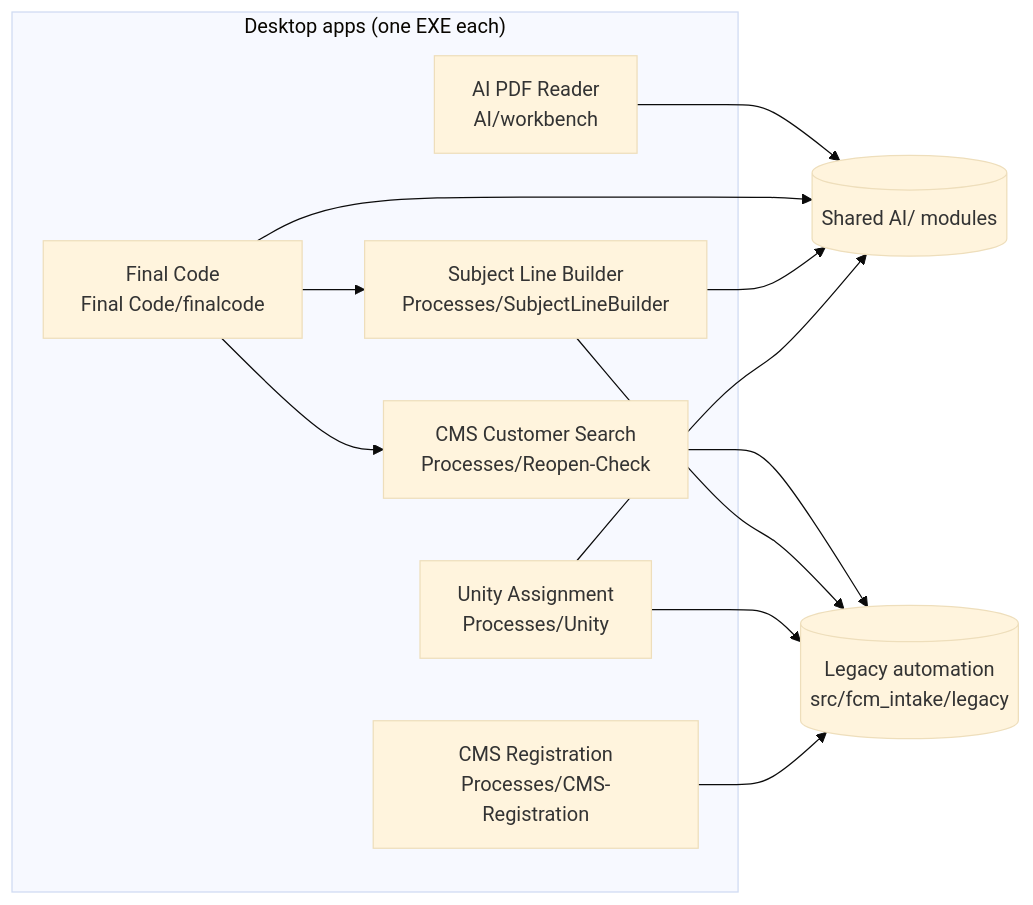
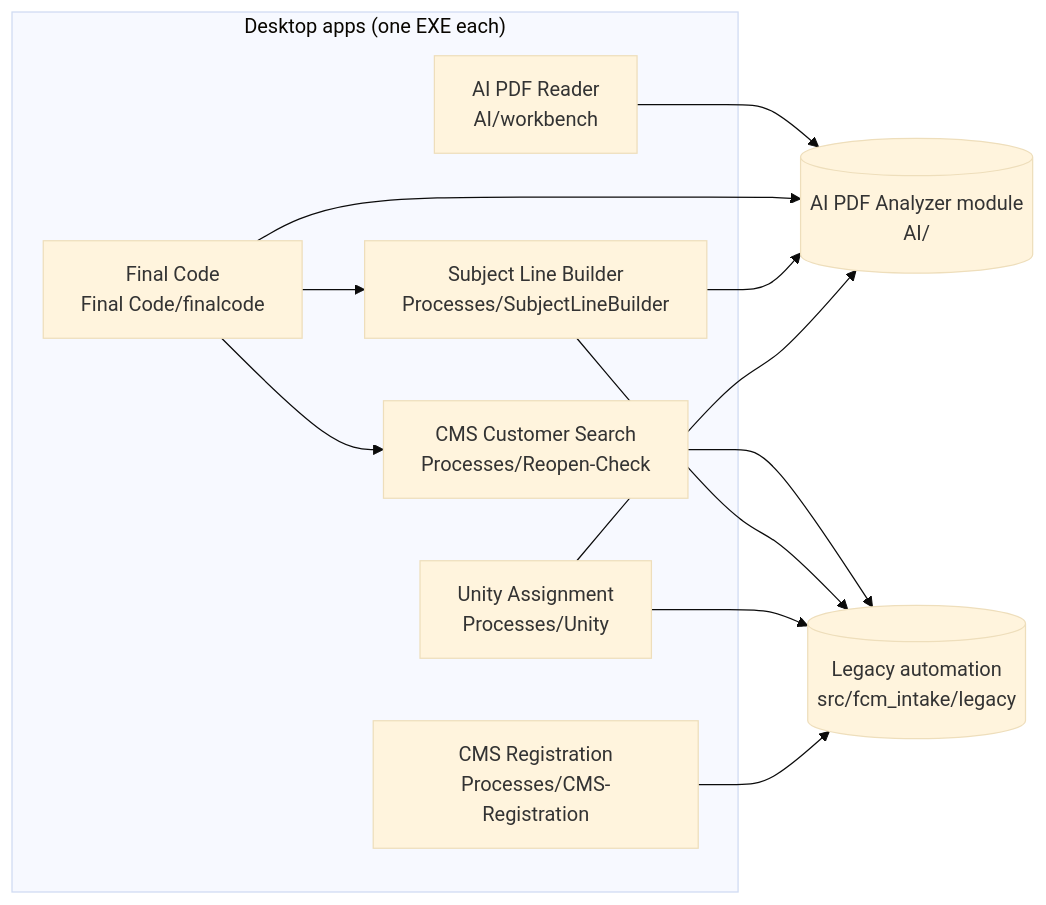
One commit to SagilityAIPH/FCM_Structured changed the diagram in docs/code/CODE-MAP.md. Above: the diagram before and after it, drawn with Mermaid (base theme). The commit also changed other lines of this file and 8 other files, not shown here.

````diff
--- a/docs/code/CODE-MAP.md
+++ b/docs/code/CODE-MAP.md
@@ -12,23 +12,23 @@
 ```mermaid
 flowchart LR
   subgraph Apps["Desktop apps (one EXE each)"]
     R[AI PDF Reader<br/>AI/workbench]
     F[Final Code<br/>Final Code/finalcode]
     C[CMS Customer Search<br/>Processes/Reopen-Check]
     S[Subject Line Builder<br/>Processes/SubjectLineBuilder]
     U[Unity Assignment<br/>Processes/Unity]
     G[CMS Registration<br/>Processes/CMS-Registration]
   end
-  AI[(Shared AI/ modules)]
+  AI[(AI PDF Analyzer module<br/>AI/)]
   L[(Legacy automation<br/>src/fcm_intake/legacy)]
   R --> AI
   F --> AI
   F --> C
   F --> S
   S --> AI
   C --> L
   S --> L
   U --> AI
   U --> L
   G --> L
 ```
````
